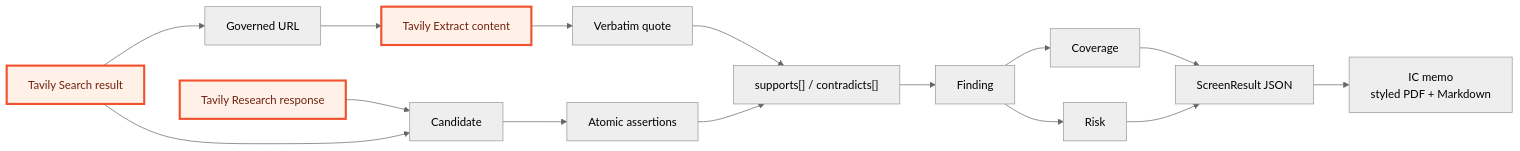
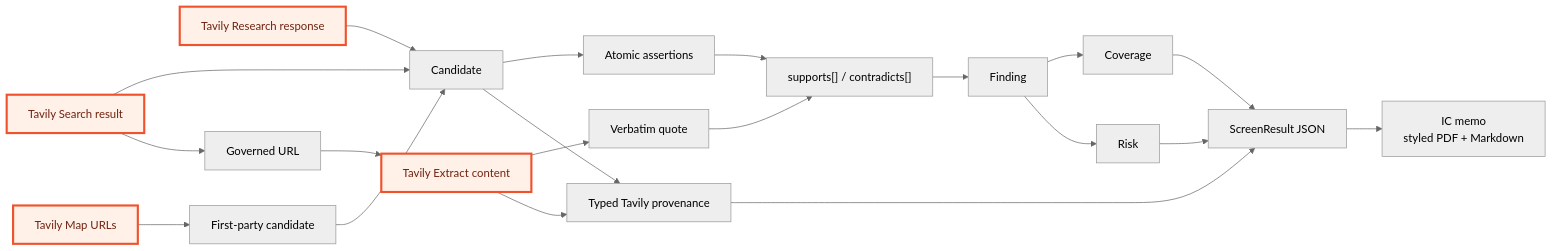
The sixth of 8 diagrams in docs/ARCHITECTURE.md (0xtigerclaw/deal_lens), drawn with Mermaid (neutral theme) before and after one commit. The commit also changed other lines of this file and 33 other files, not shown here.

Commit message:
Enhance Tavily retrieval and provenance

````diff
--- a/docs/ARCHITECTURE.md
+++ b/docs/ARCHITECTURE.md
@@ -167,20 +173,25 @@
 ```mermaid
 flowchart LR
     TR["Tavily Research response"] --> Candidate
     TS["Tavily Search result"] --> Candidate
+    TM["Tavily Map URLs"] --> FirstParty["First-party candidate"]
+    FirstParty --> Candidate
     Candidate --> Assertion["Atomic assertions"]
     TS --> URL["Governed URL"]
     URL --> Content["Tavily Extract content"]
     Content --> Quote["Verbatim quote"]
     Quote --> Relationship["supports[] / contradicts[]"]
     Assertion --> Relationship
     Relationship --> Finding
+    Candidate --> Provenance["Typed Tavily provenance"]
+    Content --> Provenance
     Finding --> Coverage
     Finding --> Risk
     Coverage --> Result["ScreenResult JSON"]
     Risk --> Result
+    Provenance --> Result
     Result --> Memo["IC memo<br/>styled PDF + Markdown"]
 
     classDef tavily fill:#fff0e8,stroke:#f0522d,stroke-width:3px,color:#70230f
-    class TR,TS,Content tavily
+    class TR,TS,TM,Content tavily
 ```
````
